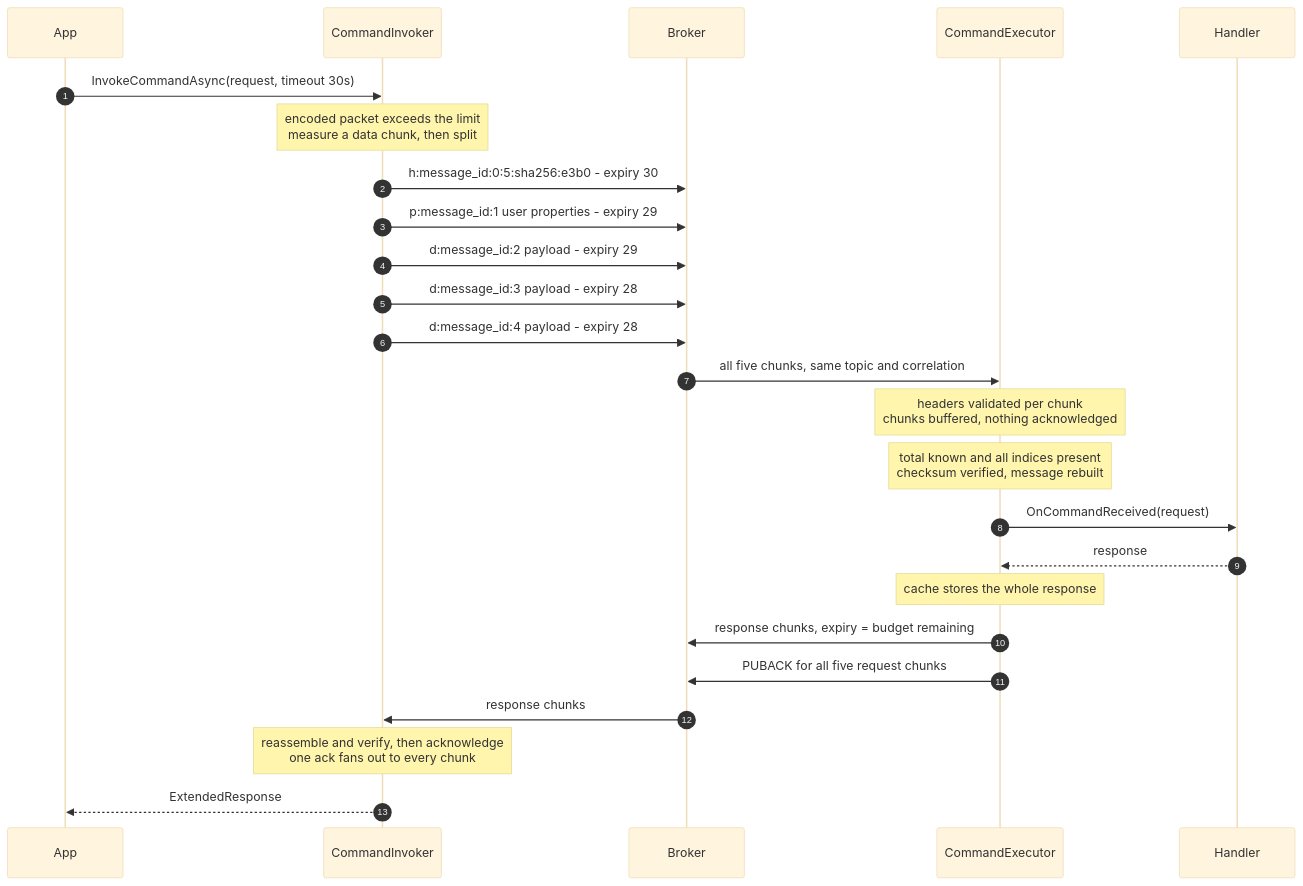
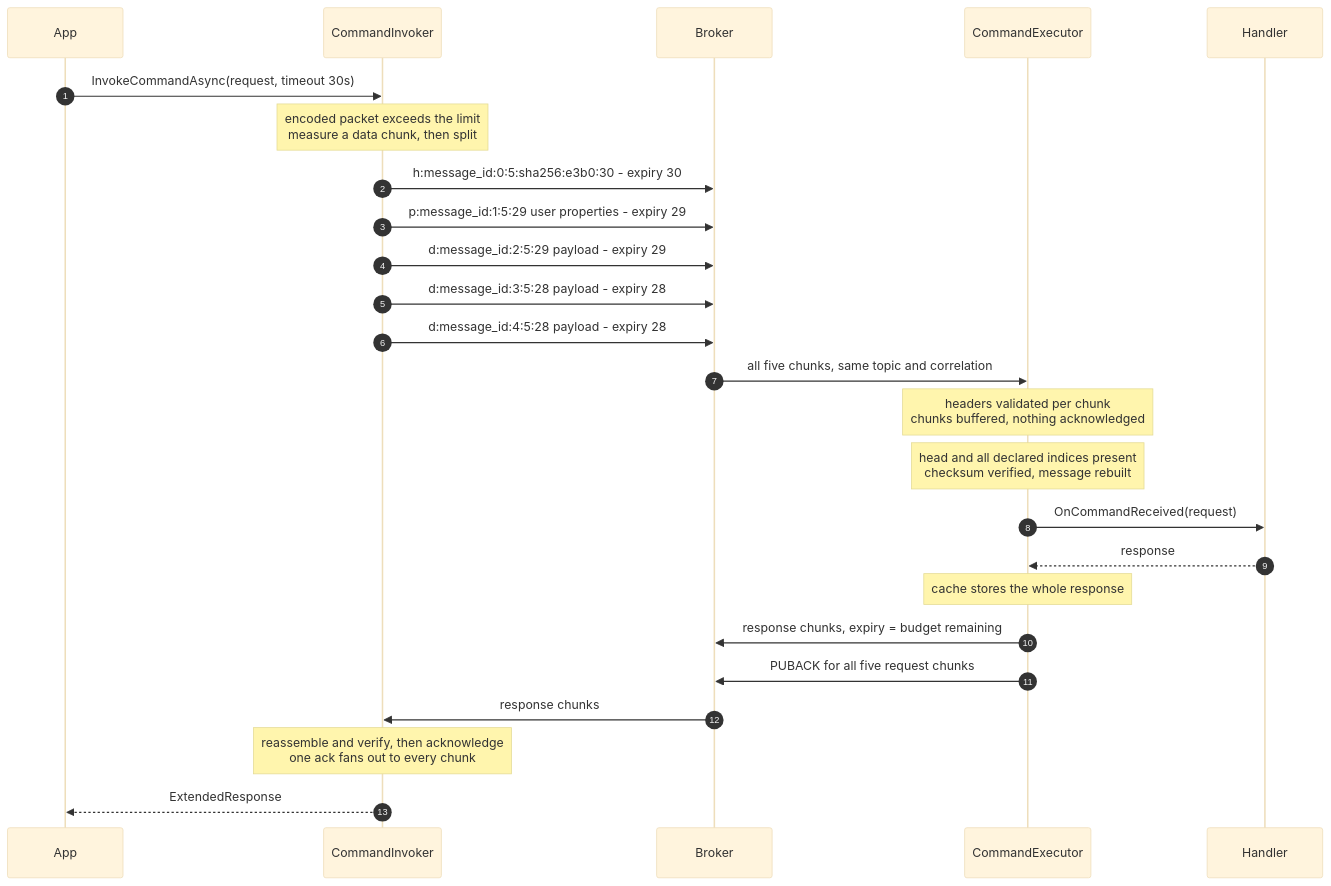
One commit to Azure/iot-operations-sdks changed the third of 5 diagrams in doc/dev/adr/0033-large-message-chunking-diagrams.md. Above: the diagram before and after it, drawn with Mermaid (base theme). The commit also changed other lines of this file and 28 other files, not shown here.

````diff
--- a/doc/dev/adr/0033-large-message-chunking-diagrams.md
+++ b/doc/dev/adr/0033-large-message-chunking-diagrams.md
@@ -81,28 +84,28 @@
 ```mermaid
 sequenceDiagram
     autonumber
     participant A as App
     participant I as CommandInvoker
     participant B as Broker
     participant E as CommandExecutor
     participant H as Handler
 
     A->>I: InvokeCommandAsync(request, timeout 30s)
     Note over I: encoded packet exceeds the limit<br/>measure a data chunk, then split
-    I->>B: h:message_id:0:5:sha256:e3b0 - expiry 30
-    I->>B: p:message_id:1 user properties - expiry 29
-    I->>B: d:message_id:2 payload - expiry 29
-    I->>B: d:message_id:3 payload - expiry 28
-    I->>B: d:message_id:4 payload - expiry 28
+    I->>B: h:message_id:0:5:sha256:e3b0:30 - expiry 30
+    I->>B: p:message_id:1:5:29 user properties - expiry 29
+    I->>B: d:message_id:2:5:29 payload - expiry 29
+    I->>B: d:message_id:3:5:28 payload - expiry 28
+    I->>B: d:message_id:4:5:28 payload - expiry 28
     B->>E: all five chunks, same topic and correlation
     Note over E: headers validated per chunk<br/>chunks buffered, nothing acknowledged
-    Note over E: total known and all indices present<br/>checksum verified, message rebuilt
+    Note over E: head and all declared indices present<br/>checksum verified, message rebuilt
     E->>H: OnCommandReceived(request)
     H-->>E: response
     Note over E: cache stores the whole response
     E->>B: response chunks, expiry = budget remaining
     E->>B: PUBACK for all five request chunks
     B->>I: response chunks
     Note over I: reassemble and verify, then acknowledge<br/>one ack fans out to every chunk
     I-->>A: ExtendedResponse
 ```
````
